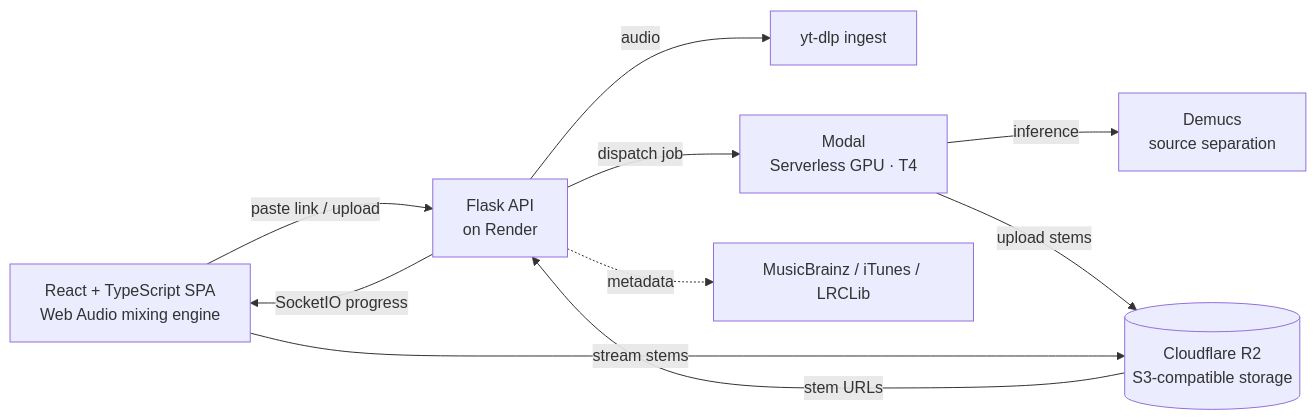
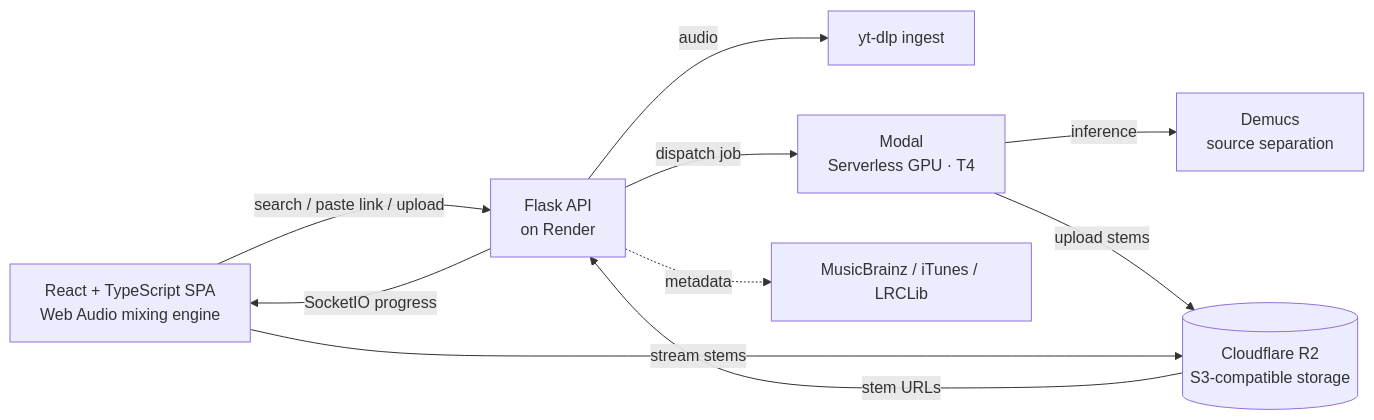
The diagram in README.md (mvillafranca98/slicersmthng), drawn with Mermaid before and after one commit. The commit also changed other lines of this file and 10 other files, not shown here.

````diff
--- a/README.md
+++ b/README.md
@@ -58,12 +58,12 @@
 ```mermaid
 flowchart LR
-    A[React + TypeScript SPA<br/>Web Audio mixing engine] -- paste link / upload --> B[Flask API<br/>on Render]
+    A[React + TypeScript SPA<br/>Web Audio mixing engine] -- search / paste link / upload --> B[Flask API<br/>on Render]
     B -- audio --> C[yt-dlp ingest]
     B -- dispatch job --> D[Modal<br/>Serverless GPU · T4]
     D -- inference --> E[Demucs<br/>source separation]
     D -- upload stems --> F[(Cloudflare R2<br/>S3-compatible storage)]
     F -- stem URLs --> B
     B -- SocketIO progress --> A
     A -- stream stems --> F
     B -. metadata .-> G[MusicBrainz / iTunes / LRCLib]
 ```
````
